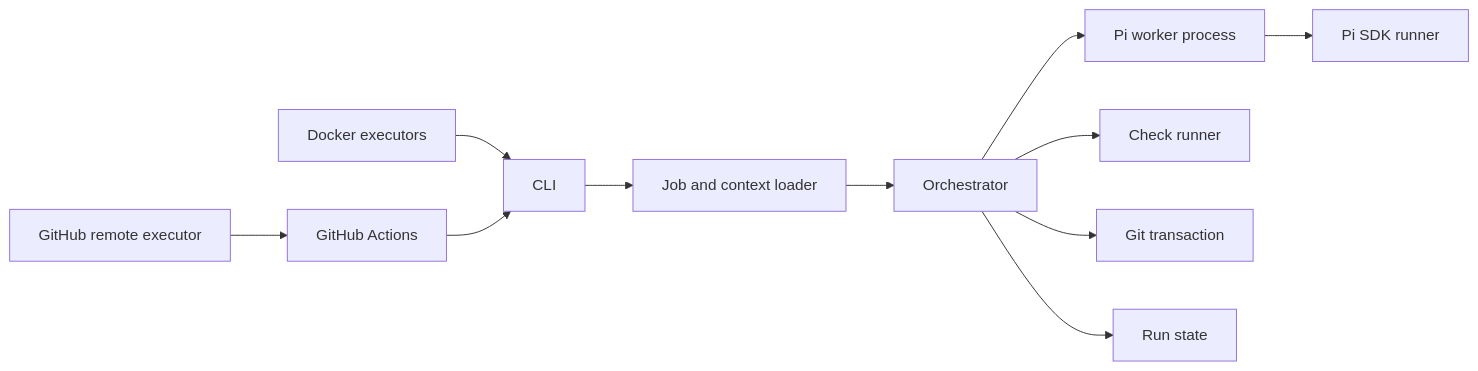
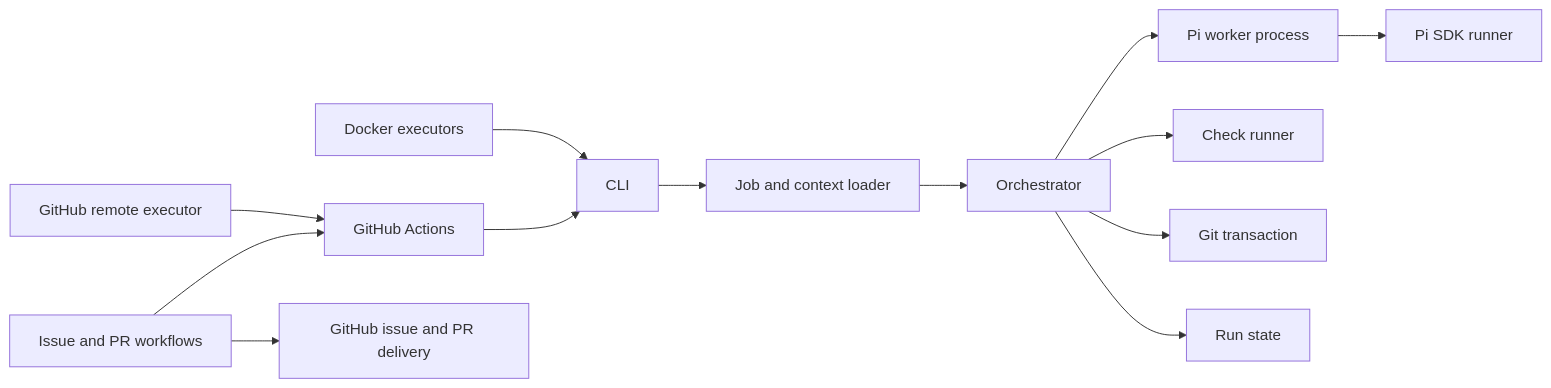
One commit to OctopusGarage/ralphworks changed the first of 3 diagrams in docs/ARCHITECTURE.md. Above: the diagram before and after it, drawn with Mermaid. The commit also changed other lines of this file and 4 other files, not shown here.

````diff
--- a/docs/ARCHITECTURE.md
+++ b/docs/ARCHITECTURE.md
@@ -5,13 +5,15 @@
 ```mermaid
 flowchart LR
     CLI[CLI] --> Job[Job and context loader]
     Job --> Orchestrator[Orchestrator]
     Orchestrator --> Worker[Pi worker process]
     Worker --> Runner[Pi SDK runner]
     Orchestrator --> Checks[Check runner]
     Orchestrator --> Git[Git transaction]
     Orchestrator --> State[Run state]
     Docker[Docker executors] --> CLI
     Remote[GitHub remote executor] --> Actions[GitHub Actions]
+    Scenarios[Issue and PR workflows] --> Actions
     Actions --> CLI
+    Scenarios --> Delivery[GitHub issue and PR delivery]
 ```
````
